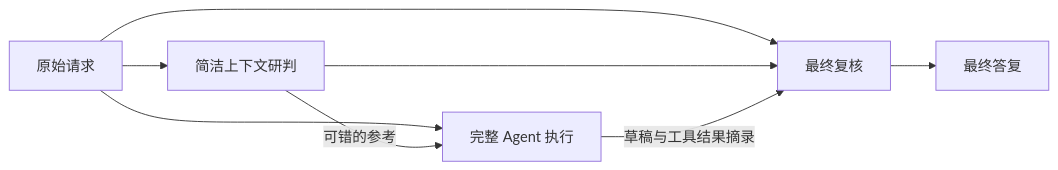
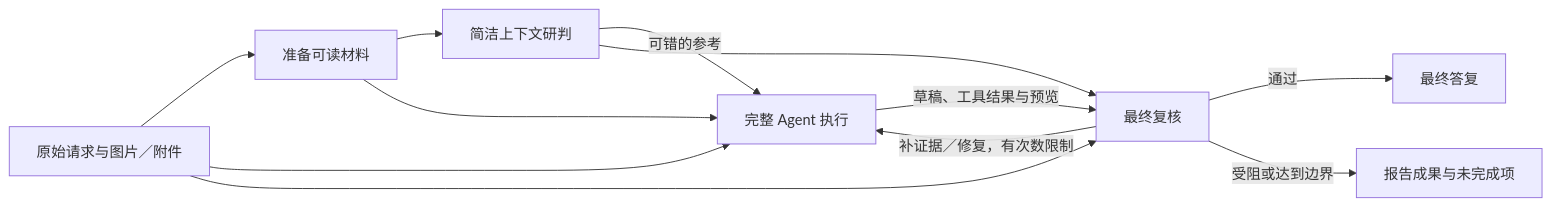
Before and after one commit to Yu1Ko/dsh-reasoning-support: the diagram in README.zh-CN.md, drawn with Mermaid. The commit also changed other lines of this file and 21 other files, not shown here.

````diff
--- a/README.zh-CN.md
+++ b/README.zh-CN.md
@@ -17,10 +17,14 @@
 ```mermaid
 flowchart LR
-    U["原始请求"] --> A["简洁上下文研判"]
+    U["原始请求与图片／附件"] --> P["准备可读材料"]
+    P --> A["简洁上下文研判"]
     U --> B["完整 Agent 执行"]
+    P --> B
     A -->|"可错的参考"| B
     U --> C["最终复核"]
     A --> C
-    B -->|"草稿与工具结果摘录"| C
-    C --> D["最终答复"]
+    B -->|"草稿、工具结果与预览"| C
+    C -->|"通过"| D["最终答复"]
+    C -->|"补证据／修复，有次数限制"| B
+    C -->|"受阻或达到边界"| E["报告成果与未完成项"]
 ```
````
